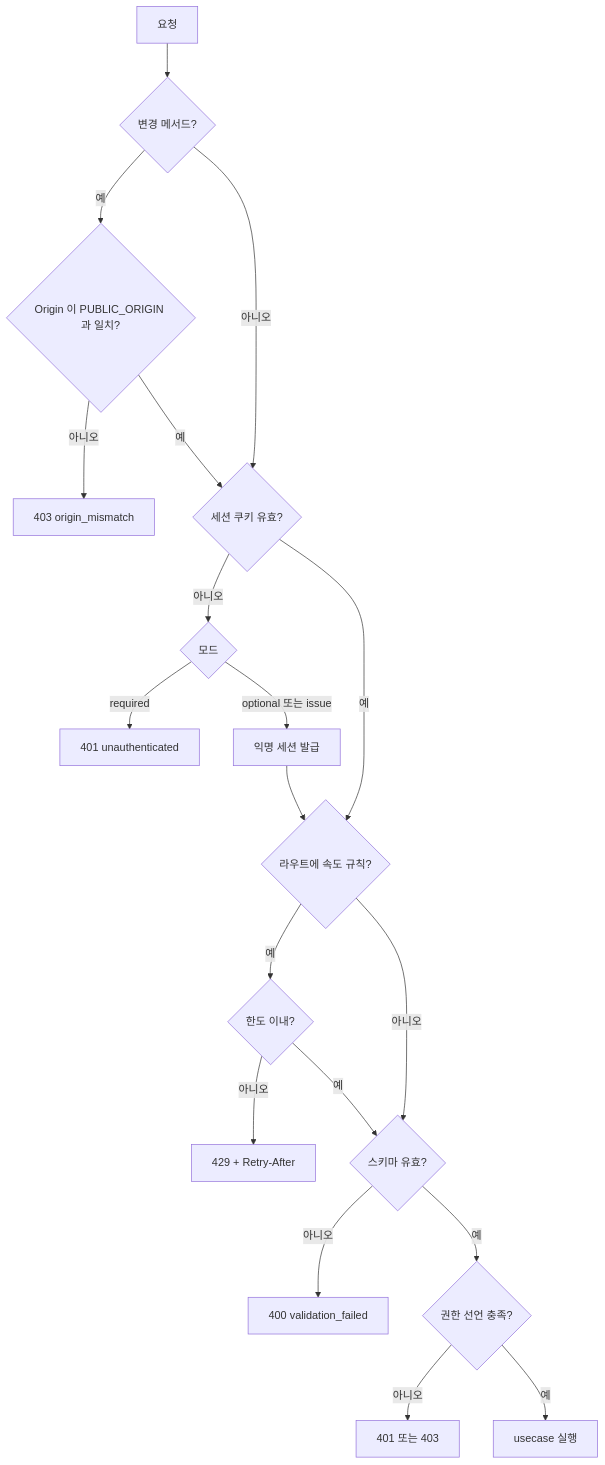
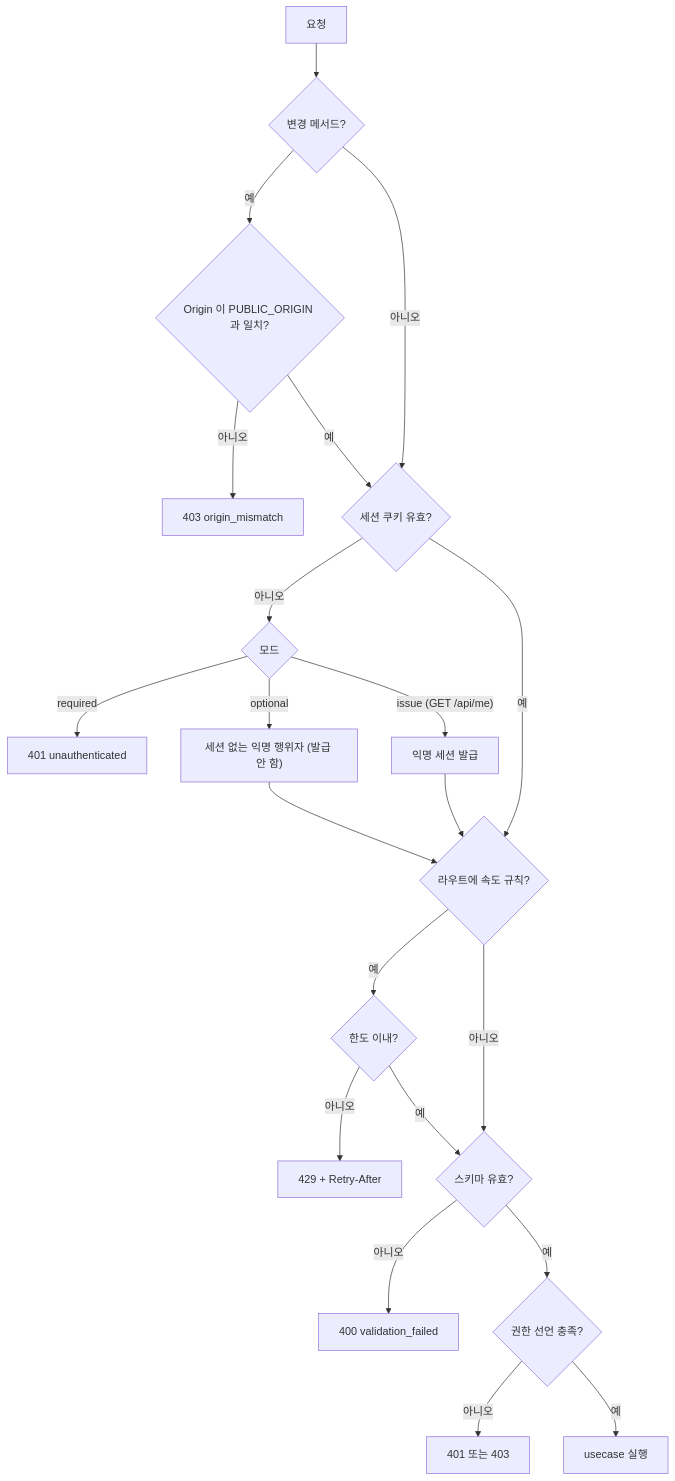
The tenth of 33 diagrams in docs/design/features/16-cross-cutting.md (1985jwlee/portpolio_backend), drawn with Mermaid before and after one commit. The commit also changed other lines of this file and 33 other files, not shown here.

````diff
--- a/docs/design/features/16-cross-cutting.md
+++ b/docs/design/features/16-cross-cutting.md
@@ -558,21 +558,23 @@
 ```mermaid
 flowchart TD
     S["요청"] --> M{"변경 메서드?"}
     M -- "예" --> O{"Origin 이 PUBLIC_ORIGIN 과 일치?"}
     M -- "아니오" --> SE
     O -- "아니오" --> E1["403 origin_mismatch"]
     O -- "예" --> SE{"세션 쿠키 유효?"}
     SE -- "아니오" --> MD{"모드"}
     MD -- "required" --> E2["401 unauthenticated"]
-    MD -- "optional 또는 issue" --> IS["익명 세션 발급"]
+    MD -- "optional" --> AN["세션 없는 익명 행위자 (발급 안 함)"]
+    MD -- "issue (GET /api/me)" --> IS["익명 세션 발급"]
     SE -- "예" --> RL
+    AN --> RL
     IS --> RL{"라우트에 속도 규칙?"}
     RL -- "예" --> HIT{"한도 이내?"}
     RL -- "아니오" --> SC
     HIT -- "아니오" --> E3["429 + Retry-After"]
     HIT -- "예" --> SC{"스키마 유효?"}
     SC -- "아니오" --> E4["400 validation_failed"]
     SC -- "예" --> AZ{"권한 선언 충족?"}
     AZ -- "아니오" --> E5["401 또는 403"]
     AZ -- "예" --> OK["usecase 실행"]
 ```
````
